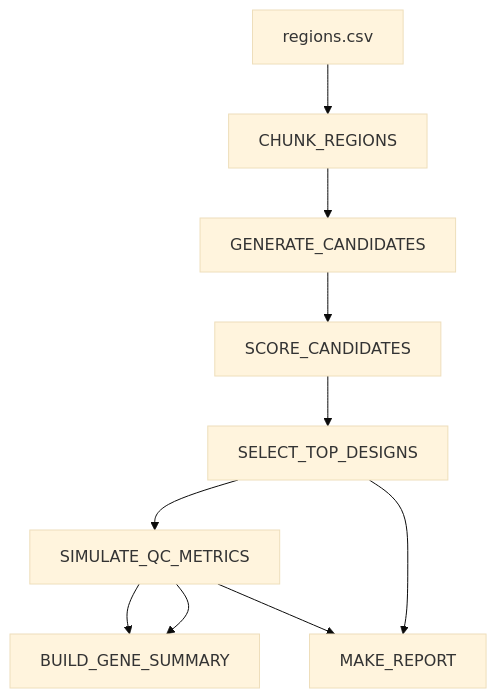
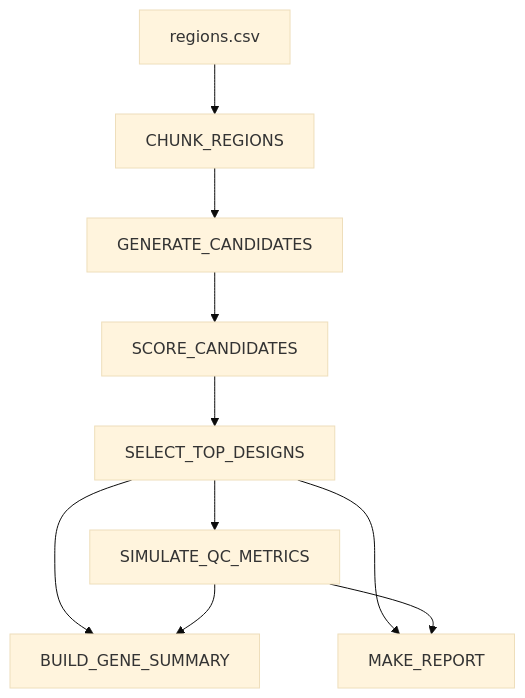
One commit to zuheirzaidon/target-qc-nextflow changed the first of 2 diagrams in README.md. Above: the diagram before and after it, drawn with Mermaid (base theme).

Commit message:
updating README 3

````diff
--- a/README.md
+++ b/README.md
@@ -22,12 +22,12 @@
 ```mermaid
 flowchart TD
     A[regions.csv] --> B[CHUNK_REGIONS]
     B --> C[GENERATE_CANDIDATES]
     C --> D[SCORE_CANDIDATES]
     D --> E[SELECT_TOP_DESIGNS]
     E --> F[SIMULATE_QC_METRICS]
+    E --> G[BUILD_GENE_SUMMARY]
     E --> H[MAKE_REPORT]
-    F --> G[BUILD_GENE_SUMMARY]
     F --> G
     F --> H
 ```
````
